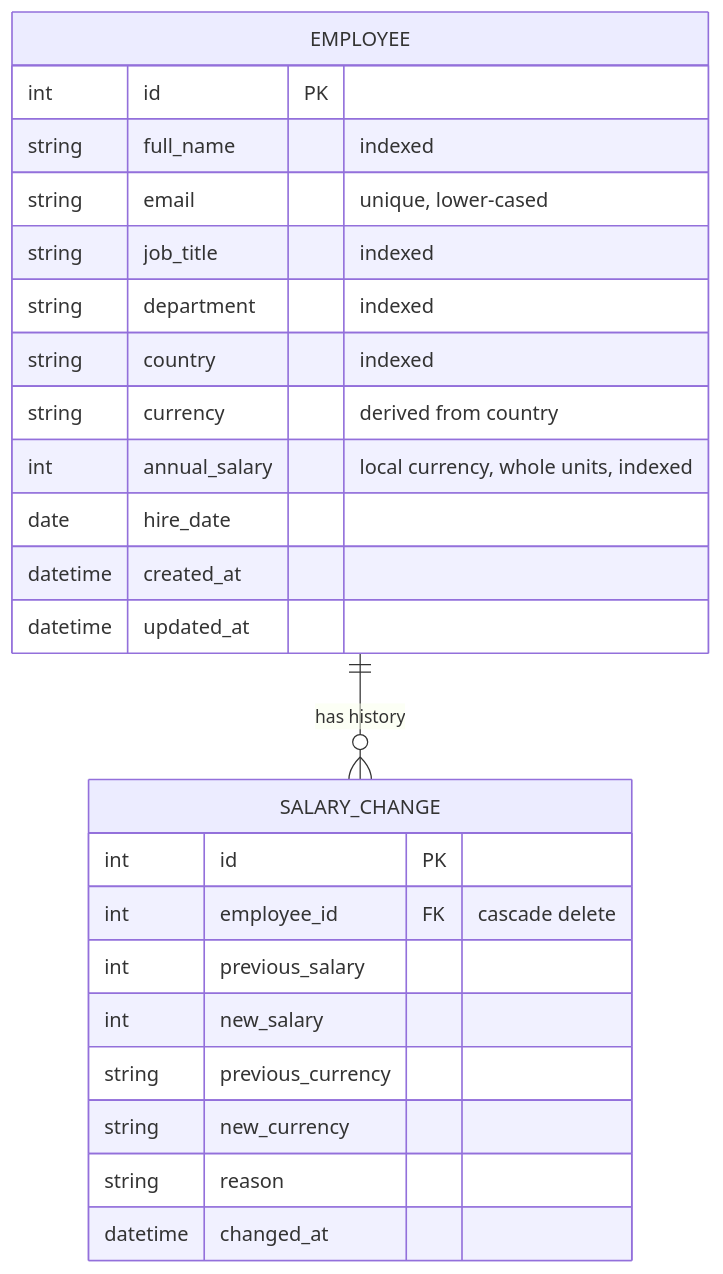
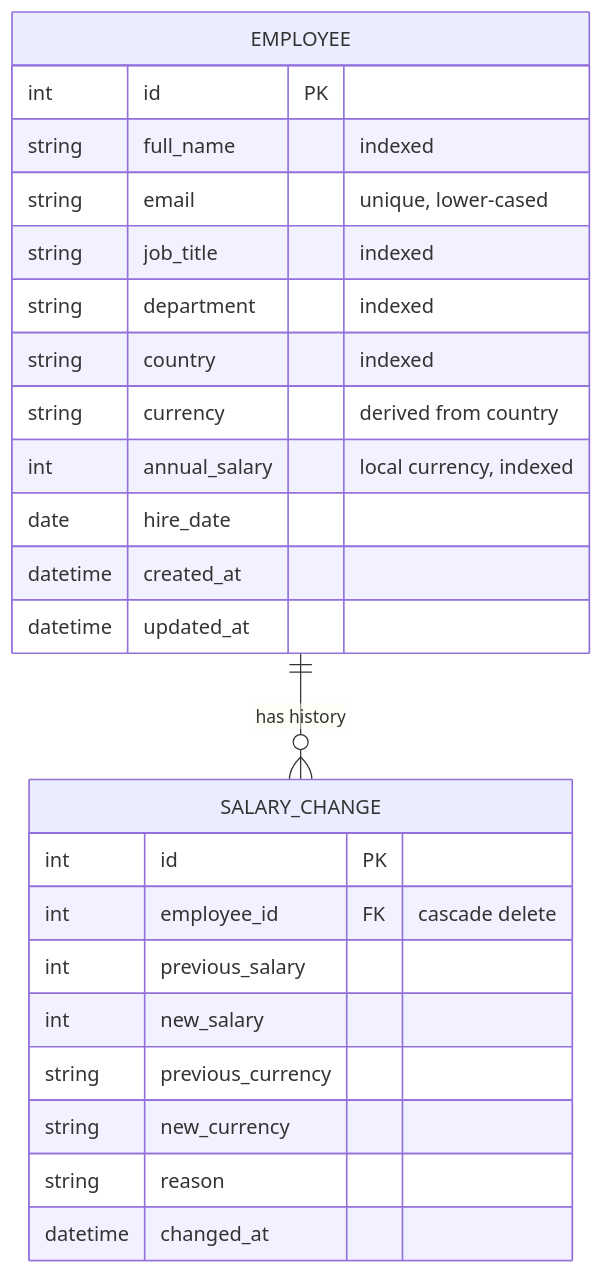
Before and after one commit to ManishgandotraCoder/acme: the third of 4 diagrams in docs/ARCHITECTURE.md, drawn with Mermaid. The commit also changed other lines of this file and 9 other files, not shown here.

First line of the commit message:
docs: ADRs and architecture docs for the modular monolith

````diff
--- a/docs/ARCHITECTURE.md
+++ b/docs/ARCHITECTURE.md
@@ -56,27 +98,27 @@
 ```mermaid
 erDiagram
     EMPLOYEE ||--o{ SALARY_CHANGE : "has history"
     EMPLOYEE {
         int id PK
         string full_name "indexed"
         string email "unique, lower-cased"
         string job_title "indexed"
         string department "indexed"
         string country "indexed"
         string currency "derived from country"
-        int annual_salary "local currency, whole units, indexed"
+        int annual_salary "local currency, indexed"
         date hire_date
         datetime created_at
         datetime updated_at
     }
     SALARY_CHANGE {
         int id PK
         int employee_id FK "cascade delete"
         int previous_salary
         int new_salary
         string previous_currency
         string new_currency
         string reason
         datetime changed_at
     }
 ```
````
